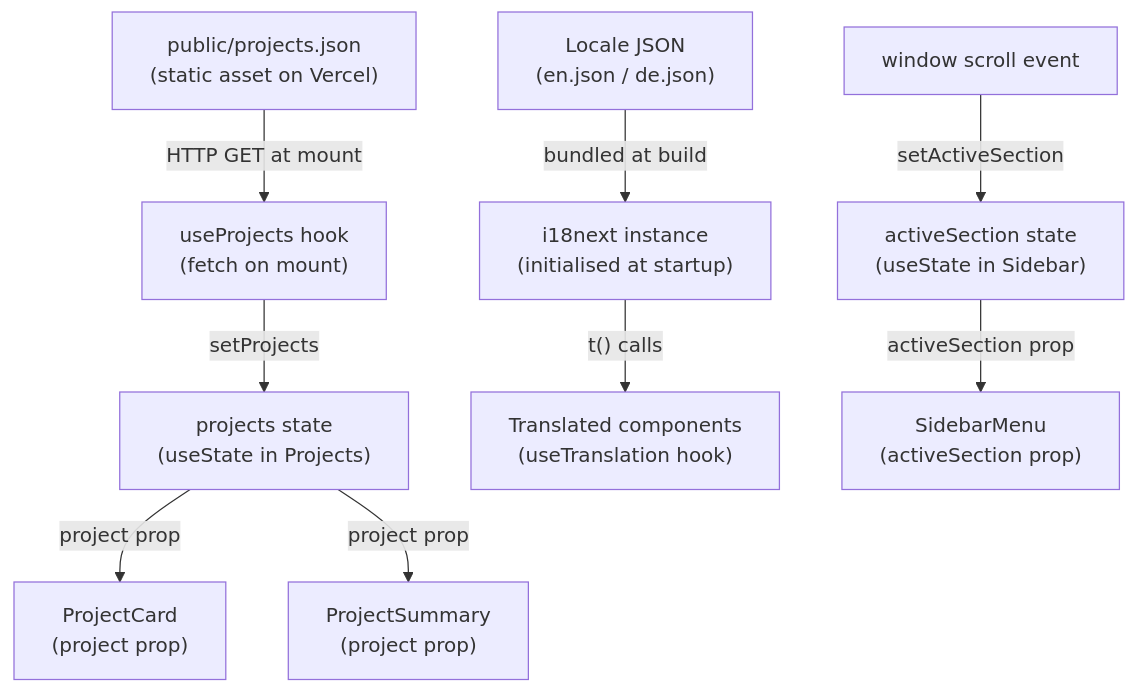
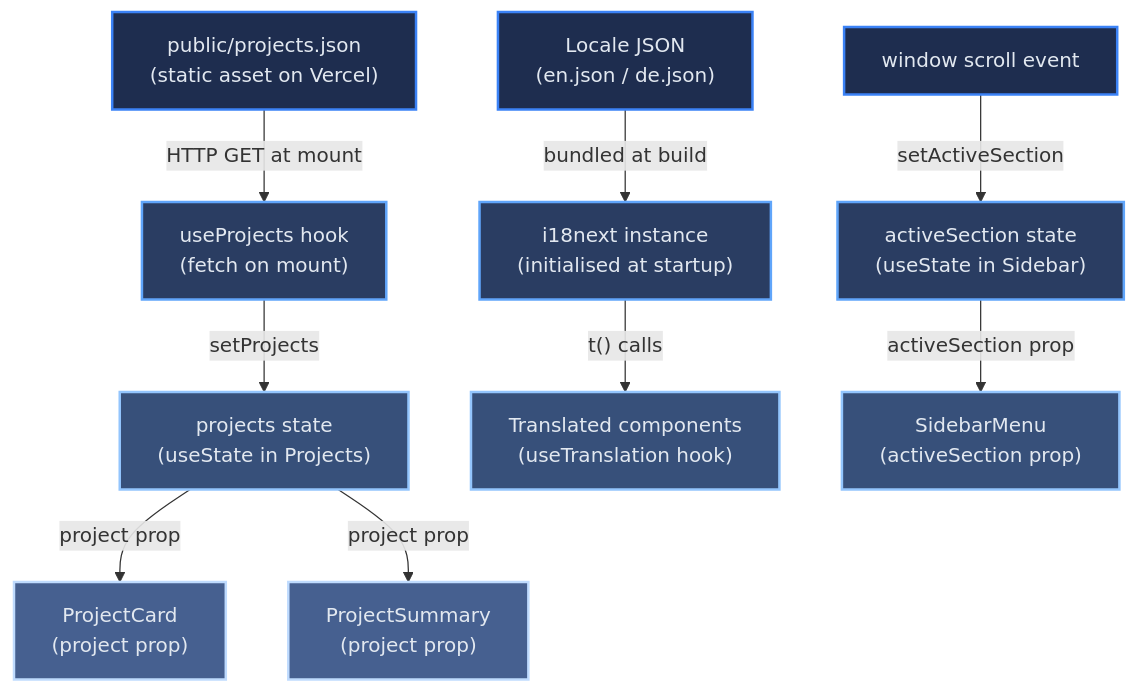
The diagram in docs/architecture/data-flow.md (Keglev/my-portfolio), drawn with Mermaid before and after one commit. The commit also changed 8 other files, not shown here.

Commit message:
changed style for make more colorful mermaid diagrams; updated docs to reflect change in style

````diff
--- a/docs/architecture/data-flow.md
+++ b/docs/architecture/data-flow.md
@@ -22,23 +22,33 @@
 ```mermaid
 flowchart TD
     ProjectsJSON["public/projects.json\n(static asset on Vercel)"]
     useProjects["useProjects hook\n(fetch on mount)"]
     ProjectsState["projects state\n(useState in Projects)"]
     ProjectCard["ProjectCard\n(project prop)"]
     ProjectSummary["ProjectSummary\n(project prop)"]
     LocaleFiles["Locale JSON\n(en.json / de.json)"]
     i18next["i18next instance\n(initialised at startup)"]
     AllComponents["Translated components\n(useTranslation hook)"]
     ScrollEvent["window scroll event"]
     ActiveSectionState["activeSection state\n(useState in Sidebar)"]
     SidebarMenu["SidebarMenu\n(activeSection prop)"]
 
     ProjectsJSON -->|"HTTP GET at mount"| useProjects
     useProjects -->|"setProjects"| ProjectsState
     ProjectsState -->|"project prop"| ProjectCard
     ProjectsState -->|"project prop"| ProjectSummary
     LocaleFiles -->|"bundled at build"| i18next
     i18next -->|"t() calls"| AllComponents
     ScrollEvent -->|"setActiveSection"| ActiveSectionState
     ActiveSectionState -->|"activeSection prop"| SidebarMenu
+
+    class ProjectsJSON,LocaleFiles,ScrollEvent l1
+    class useProjects,i18next,ActiveSectionState l2
+    class ProjectsState,AllComponents,SidebarMenu l3
+    class ProjectCard,ProjectSummary l4
+
+    classDef l1 fill:#1e2d4f,stroke:#3B82F6,stroke-width:2px,color:#E2E8F0
+    classDef l2 fill:#2a3d62,stroke:#60A5FA,stroke-width:2px,color:#E2E8F0
+    classDef l3 fill:#37507a,stroke:#93C5FD,stroke-width:2px,color:#E2E8F0
+    classDef l4 fill:#466090,stroke:#BFDBFE,stroke-width:2px,color:#E2E8F0
 ```
````
